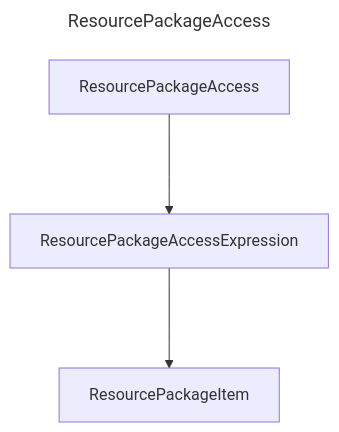
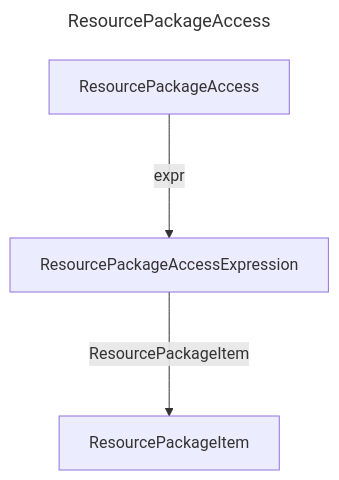
The diagram in docs/docs/layout/erd/ResourcePackageAccess.md (douglassimonsen/pbi_core), drawn with Mermaid before and after one commit. The commit also changed 77 other files, not shown here.

Commit message:
Updated to color code the layout ERD

````diff
--- a/docs/docs/layout/erd/ResourcePackageAccess.md
+++ b/docs/docs/layout/erd/ResourcePackageAccess.md
@@ -1,11 +1,11 @@
 ```mermaid
 ---
 title: ResourcePackageAccess
 ---
 graph 
-2721641880320["ResourcePackageItem"]
-2721641881296["ResourcePackageAccessExpression"]
-2721641884224["ResourcePackageAccess"]
-2721641884224 ---> 2721641881296
-2721641881296 ---> 2721641880320
+2430071916336["ResourcePackageAccessExpression"]
+2430071921216["ResourcePackageAccess"]
+2430071928048["ResourcePackageItem"]
+2430071921216 --->|expr| 2430071916336
+2430071916336 --->|ResourcePackageItem| 2430071928048
 ```
````
